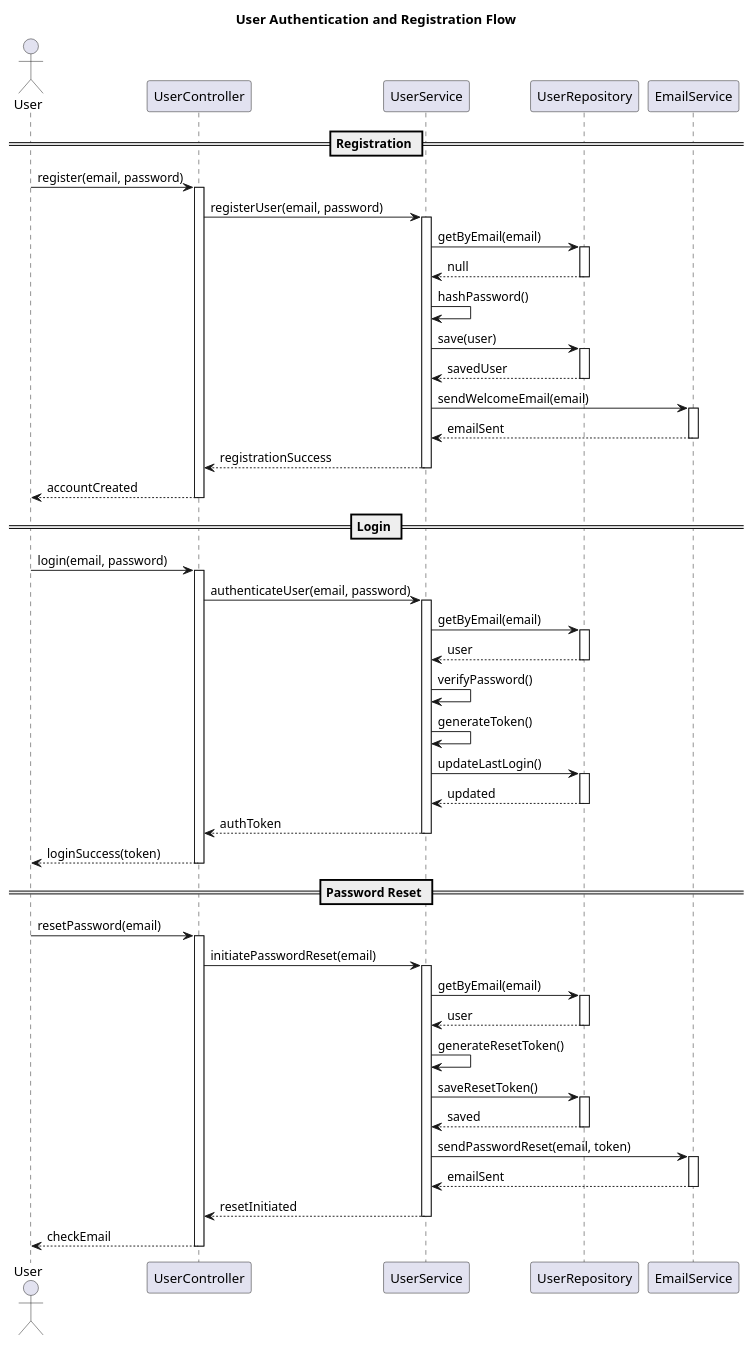
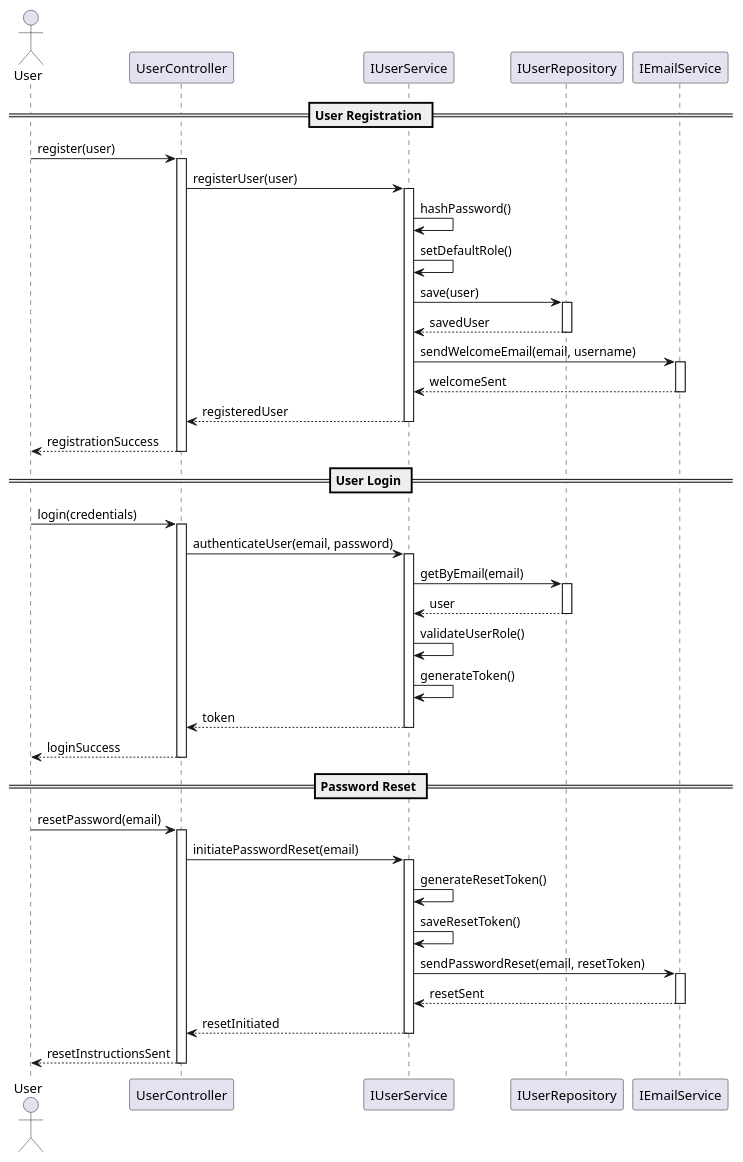
The diagram in docs/Sequence/sequence-auth.puml (Saukys/se-24-psi2), drawn with PlantUML before and after one commit. The commit also changed 6 other files, not shown here.

Commit message:
Update deployment and sequence diagrams with detailed specifications for CI/CD pipeline, client, app service, data storage, and external services. Refine authentication and game session flow diagrams for clarity and accuracy.

```diff
--- a/docs/Sequence/sequence-auth.puml
+++ b/docs/Sequence/sequence-auth.puml
@@ -1,136 +1,69 @@
 @startuml
 ' =============================================
-' User Authentication and Registration Sequence Diagram
+' Authentication Sequence Diagram
 ' =============================================
-' This diagram illustrates the complete flow of user authentication
-' operations, including registration, login, and password reset.
-'
-' Key Participants:
-' - User: Platform user performing authentication actions
-' - UserController: Handles authentication HTTP requests
-' - UserService: Manages user authentication logic
-' - UserRepository: Stores user data
-' - EmailService: Sends authentication-related emails
-'
-' Main Flows:
-' 1. Registration
-'    - Email validation
-'    - Password hashing
-'    - User creation
-'    - Welcome email
-'
-' 2. Login
-'    - Credential verification
-'    - Token generation
-'    - Last login update
-'    - Token return
-'
-' 3. Password Reset
-'    - Email validation
-'    - Reset token generation
-'    - Token storage
-'    - Reset email
-'
-' Key Features:
-' - Secure password handling
-' - JWT token authentication
-' - Email notifications
-' - Password reset functionality
+' This diagram shows the flow of user authentication, including:
+' - User registration
+' - User login
+' - Password reset
 ' =============================================
 
-title User Authentication and Registration Flow
+actor User
+participant "UserController" as UserController
+participant "IUserService" as UserService
+participant "IUserRepository" as UserRepository
+participant "IEmailService" as EmailService
 
-actor User
-participant UserController
-participant UserService
-participant UserRepository
-participant EmailService
-
-== Registration ==
-
-User -> UserController: register(email, password)
+== User Registration ==
+User -> UserController: register(user)
 activate UserController
-
-UserController -> UserService: registerUser(email, password)
+UserController -> UserService: registerUser(user)
 activate UserService
-
-UserService -> UserRepository: getByEmail(email)
-activate UserRepository
-UserRepository --> UserService: null
-deactivate UserRepository
-
 UserService -> UserService: hashPassword()
+UserService -> UserService: setDefaultRole()
 UserService -> UserRepository: save(user)
 activate UserRepository
 UserRepository --> UserService: savedUser
 deactivate UserRepository
-
-UserService -> EmailService: sendWelcomeEmail(email)
+UserService -> EmailService: sendWelcomeEmail(email, username)
 activate EmailService
-EmailService --> UserService: emailSent
+EmailService --> UserService: welcomeSent
 deactivate EmailService
-
-UserService --> UserController: registrationSuccess
+UserService --> UserController: registeredUser
 deactivate UserService
-
-UserController --> User: accountCreated
+UserController --> User: registrationSuccess
 deactivate UserController
 
-== Login ==
-
-User -> UserController: login(email, password)
+== User Login ==
+User -> UserController: login(credentials)
 activate UserController
-
 UserController -> UserService: authenticateUser(email, password)
 activate UserService
-
 UserService -> UserRepository: getByEmail(email)
 activate UserRepository
 UserRepository --> UserService: user
 deactivate UserRepository
-
-UserService -> UserService: verifyPassword()
+UserService -> UserService: validateUserRole()
 UserService -> UserService: generateToken()
-
-UserService -> UserRepository: updateLastLogin()
-activate UserRepository
-UserRepository --> UserService: updated
-deactivate UserRepository
-
-UserService --> UserController: authToken
+UserService --> UserController: token
 deactivate UserService
-
-UserController --> User: loginSuccess(token)
+UserController --> User: loginSuccess
 deactivate UserController
 
 == Password Reset ==
-
 User -> UserController: resetPassword(email)
 activate UserController
-
 UserController -> UserService: initiatePasswordReset(email)
 activate UserService
-
-UserService -> UserRepository: getByEmail(email)
-activate UserRepository
-UserRepository --> UserService: user
-deactivate UserRepository
-
 UserService -> UserService: generateResetToken()
-UserService -> UserRepository: saveResetToken()
-activate UserRepository
-UserRepository --> UserService: saved
-deactivate UserRepository
-
-UserService -> EmailService: sendPasswordReset(email, token)
+UserService -> UserService: saveResetToken()
+UserService -> EmailService: sendPasswordReset(email, resetToken)
 activate EmailService
-EmailService --> UserService: emailSent
+EmailService --> UserService: resetSent
 deactivate EmailService
-
 UserService --> UserController: resetInitiated
 deactivate UserService
-
-UserController --> User: checkEmail
+UserController --> User: resetInstructionsSent
 deactivate UserController
 
 @enduml 
```
